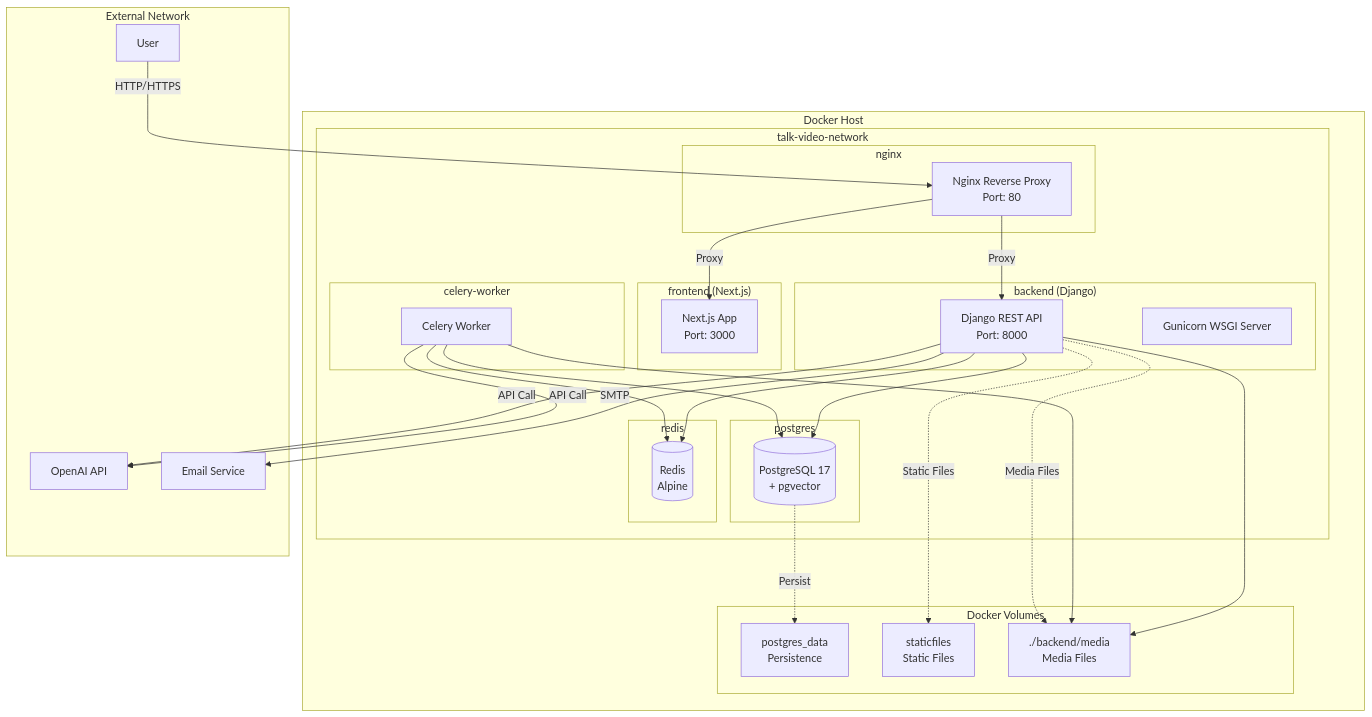
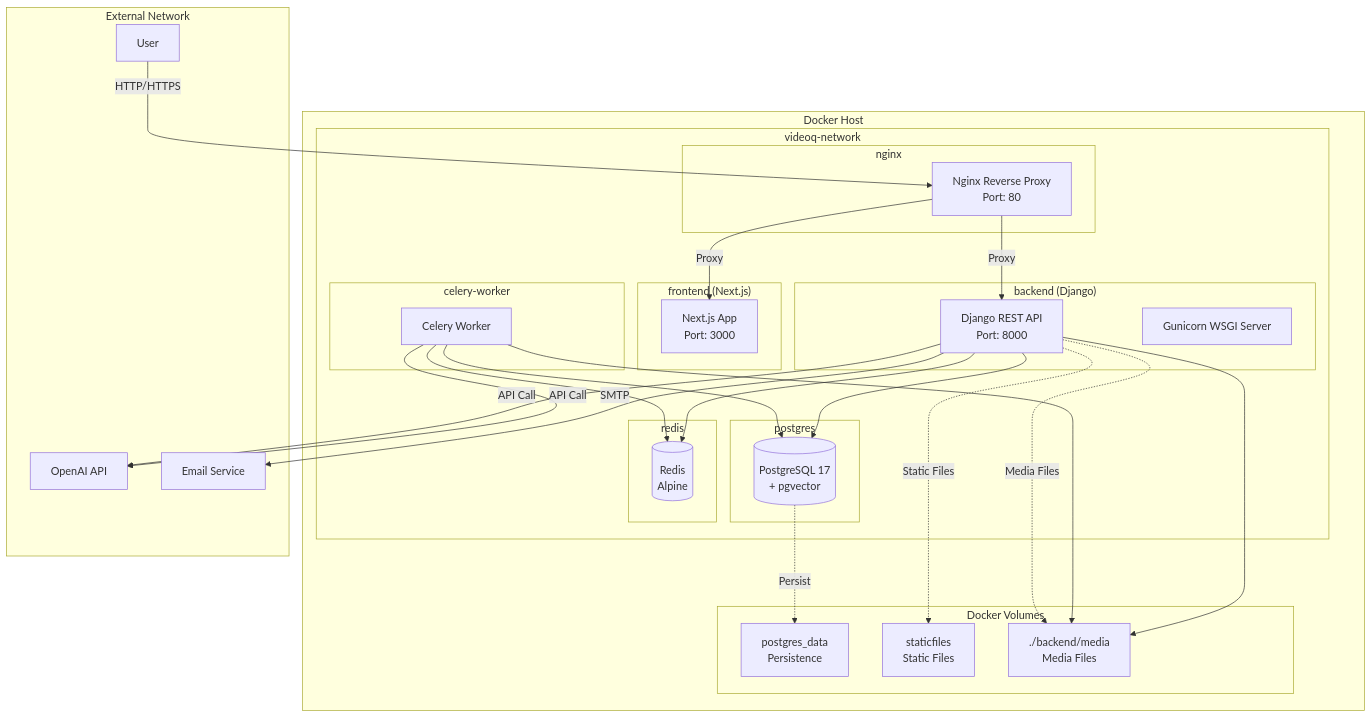
One commit to yukiharada1228/videoq changed the first of 7 diagrams in docs/design/deployment-diagram.md. Above: the diagram before and after it, drawn with Mermaid. The commit also changed other lines of this file and 35 other files, not shown here.

First line of the commit message:
Rename talk-vid to VideoQ

````diff
--- a/docs/design/deployment-diagram.md
+++ b/docs/design/deployment-diagram.md
@@ -9,60 +9,60 @@
 ```mermaid
 graph TB
     subgraph DockerHost["Docker Host"]
-        subgraph Network["talk-video-network"]
+        subgraph Network["videoq-network"]
             subgraph FrontendContainer["frontend (Next.js)"]
                 NextJS[Next.js App<br/>Port: 3000]
             end
             
             subgraph BackendContainer["backend (Django)"]
                 Django[Django REST API<br/>Port: 8000]
                 Gunicorn[Gunicorn WSGI Server]
             end
             
             subgraph CeleryContainer["celery-worker"]
                 CeleryWorker[Celery Worker]
             end
             
             subgraph NginxContainer["nginx"]
                 Nginx[Nginx Reverse Proxy<br/>Port: 80]
             end
             
             subgraph PostgresContainer["postgres"]
                 PostgreSQL[(PostgreSQL 17<br/>+ pgvector)]
             end
             
             subgraph RedisContainer["redis"]
                 Redis[(Redis<br/>Alpine)]
             end
         end
         
         subgraph Volumes["Docker Volumes"]
             PostgresData[postgres_data<br/>Persistence]
             StaticFiles[staticfiles<br/>Static Files]
             MediaFiles[./backend/media<br/>Media Files]
         end
     end
     
     subgraph External["External Network"]
         User[User]
         OpenAI[OpenAI API]
         EmailService[Email Service]
     end
     
     User -->|HTTP/HTTPS| Nginx
     Nginx -->|Proxy| NextJS
     Nginx -->|Proxy| Django
     Django --> PostgreSQL
     Django --> Redis
     Django --> MediaFiles
     CeleryWorker --> Redis
     CeleryWorker --> PostgreSQL
     CeleryWorker --> MediaFiles
     CeleryWorker -->|API Call| OpenAI
     Django -->|API Call| OpenAI
     Django -->|SMTP| EmailService
     
     PostgreSQL -.->|Persist| PostgresData
     Django -.->|Static Files| StaticFiles
     Django -.->|Media Files| MediaFiles
 ```
````
